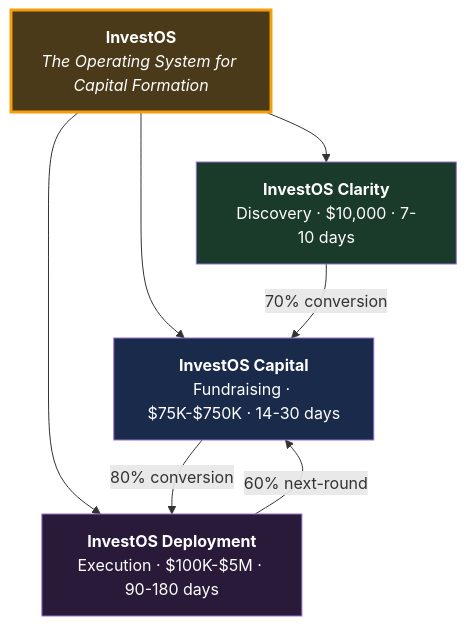
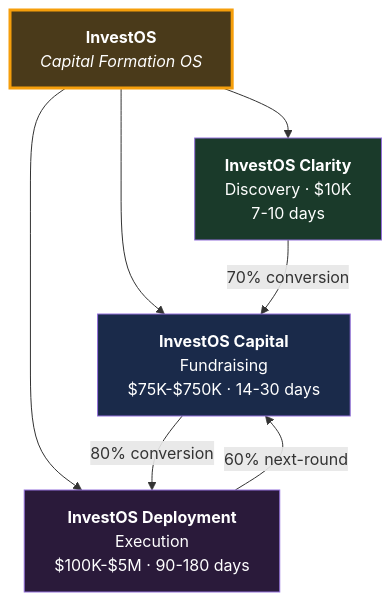
The second of 4 diagrams in README.md (Light-Brands/qie), drawn with Mermaid before and after one commit. The commit also changed other lines of this file and 4 other files, not shown here.

First line of the commit message:
Fix Mermaid diagram label truncation across all docs

````diff
--- a/README.md
+++ b/README.md
@@ -58,17 +58,17 @@
 ```mermaid
 flowchart TD
-    INV["<b>InvestOS</b><br/><i>The Operating System for Capital Formation</i>"]
+    INV["<b>InvestOS</b><br/><i>Capital Formation OS</i>"]
 
-    INV --> CL["<b>InvestOS Clarity</b><br/>Discovery · $10,000 · 7-10 days"]
-    INV --> CI["<b>InvestOS Capital</b><br/>Fundraising · $75K-$750K · 14-30 days"]
-    INV --> CD["<b>InvestOS Deployment</b><br/>Execution · $100K-$5M · 90-180 days"]
+    INV --> CL["<b>InvestOS Clarity</b><br/>Discovery · $10K<br/>7-10 days"]
+    INV --> CI["<b>InvestOS Capital</b><br/>Fundraising<br/>$75K-$750K · 14-30 days"]
+    INV --> CD["<b>InvestOS Deployment</b><br/>Execution<br/>$100K-$5M · 90-180 days"]
 
     CL -->|"70% conversion"| CI
     CI -->|"80% conversion"| CD
     CD -->|"60% next-round"| CI
 
     style INV fill:#4a3a1a,color:#fff,stroke:#f59e0b,stroke-width:3px
     style CL fill:#1a3a2a,color:#fff
     style CI fill:#1a2a4a,color:#fff
     style CD fill:#2a1a3a,color:#fff
 ```
````
